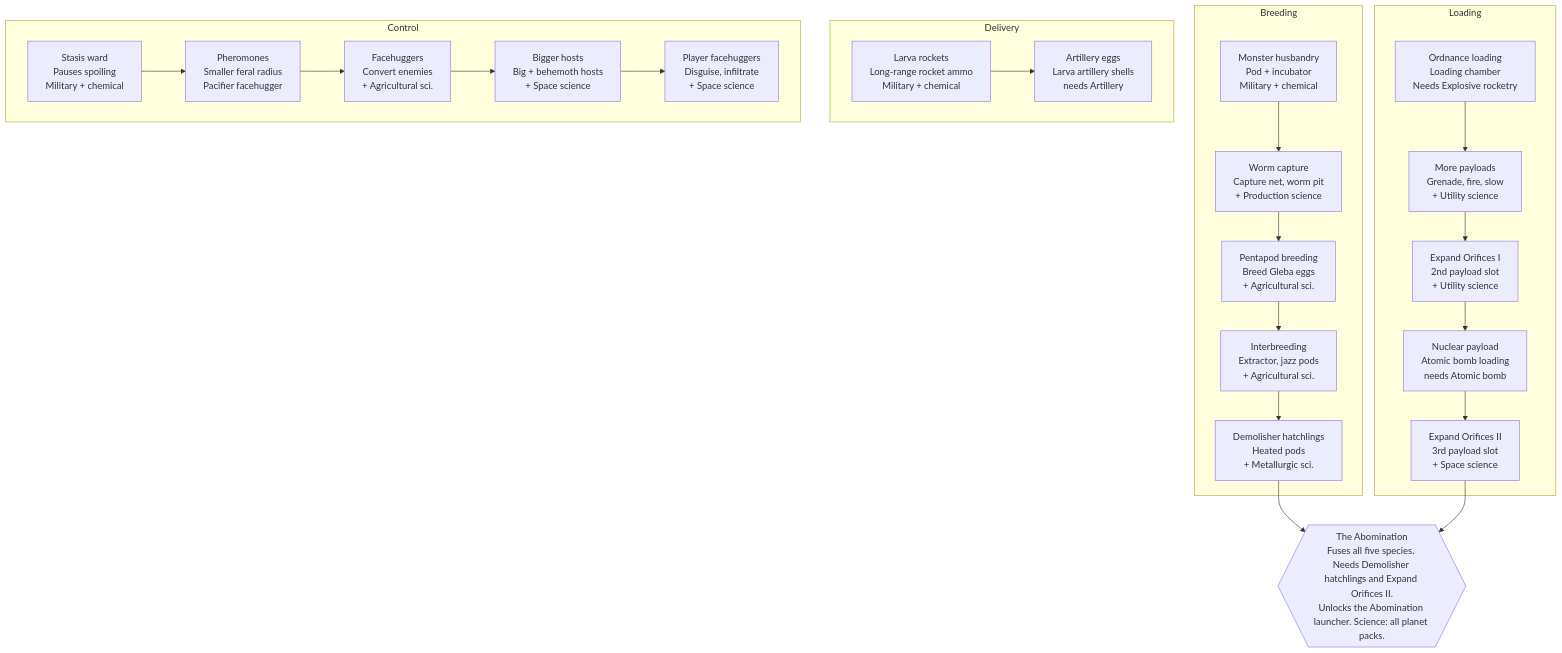
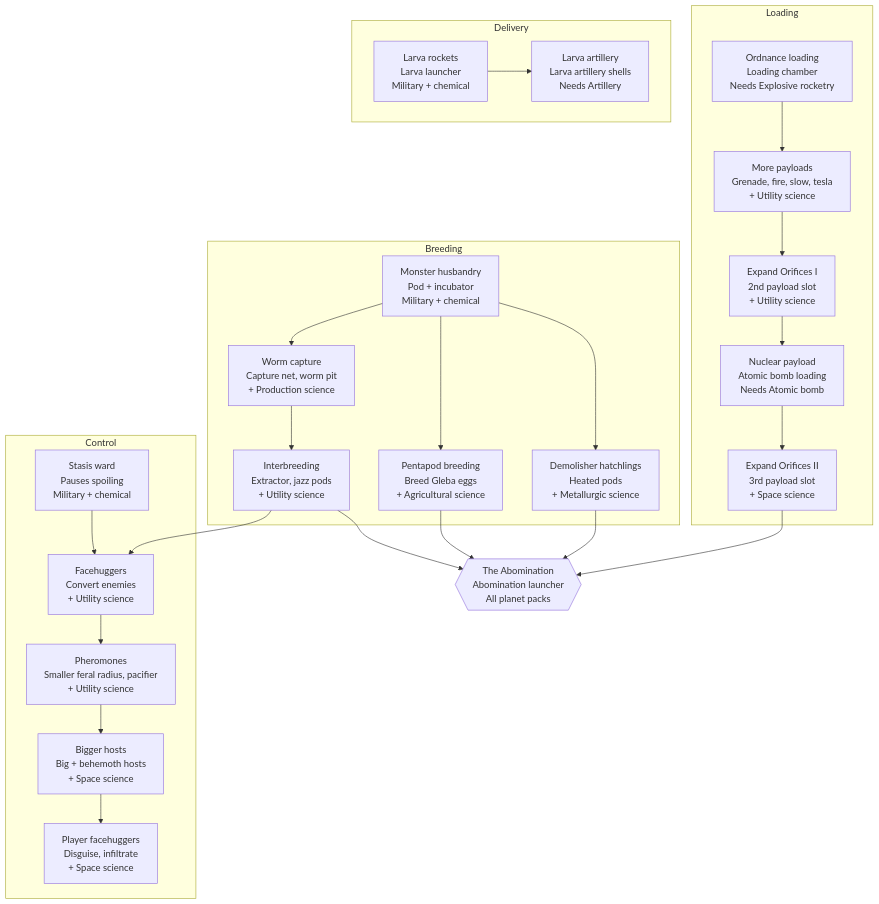
One commit to vetkat/abominable-ordnance changed the second of 2 diagrams in docs/design.md. Above: the diagram before and after it, drawn with Mermaid. The commit also changed other lines of this file and 6 other files, not shown here.

First line of the commit message:
docs: settle the Abomination, feral triggers and design fixes (#16)

````diff
--- a/docs/design.md
+++ b/docs/design.md
@@ -251,35 +300,40 @@
 ```mermaid
 flowchart TD
     subgraph breeding [Breeding]
         husbandry["Monster husbandry<br/>Pod + incubator<br/>Military + chemical"]
         worm["Worm capture<br/>Capture net, worm pit<br/>+ Production science"]
-        pentapod["Pentapod breeding<br/>Breed Gleba eggs<br/>+ Agricultural sci."]
-        interbreeding["Interbreeding<br/>Extractor, jazz pods<br/>+ Agricultural sci."]
-        hatchlings["Demolisher hatchlings<br/>Heated pods<br/>+ Metallurgic sci."]
-        husbandry --> worm --> pentapod --> interbreeding --> hatchlings
+        interbreeding["Interbreeding<br/>Extractor, jazz pods<br/>+ Utility science"]
+        pentapod["Pentapod breeding<br/>Breed Gleba eggs<br/>+ Agricultural science"]
+        hatchlings["Demolisher hatchlings<br/>Heated pods<br/>+ Metallurgic science"]
+        husbandry --> worm --> interbreeding
+        husbandry --> pentapod
+        husbandry --> hatchlings
     end
     subgraph loading [Loading]
         ordnance["Ordnance loading<br/>Loading chamber<br/>Needs Explosive rocketry"]
-        payloads["More payloads<br/>Grenade, fire, slow<br/>+ Utility science"]
+        payloads["More payloads<br/>Grenade, fire, slow, tesla<br/>+ Utility science"]
         orifices1["Expand Orifices I<br/>2nd payload slot<br/>+ Utility science"]
-        nuclear["Nuclear payload<br/>Atomic bomb loading<br/>needs Atomic bomb"]
+        nuclear["Nuclear payload<br/>Atomic bomb loading<br/>Needs Atomic bomb"]
         orifices2["Expand Orifices II<br/>3rd payload slot<br/>+ Space science"]
         ordnance --> payloads --> orifices1 --> nuclear --> orifices2
     end
     subgraph delivery [Delivery]
-        rockets["Larva rockets<br/>Long-range rocket ammo<br/>Military + chemical"]
-        artillery["Artillery eggs<br/>Larva artillery shells<br/>needs Artillery"]
+        rockets["Larva rockets<br/>Larva launcher<br/>Military + chemical"]
+        artillery["Larva artillery<br/>Larva artillery shells<br/>Needs Artillery"]
         rockets --> artillery
     end
     subgraph control [Control]
         stasis["Stasis ward<br/>Pauses spoiling<br/>Military + chemical"]
-        pheromones["Pheromones<br/>Smaller feral radius<br/>Pacifier facehugger"]
-        facehuggers["Facehuggers<br/>Convert enemies<br/>+ Agricultural sci."]
+        facehuggers["Facehuggers<br/>Convert enemies<br/>+ Utility science"]
+        pheromones["Pheromones<br/>Smaller feral radius, pacifier<br/>+ Utility science"]
         hosts["Bigger hosts<br/>Big + behemoth hosts<br/>+ Space science"]
         players["Player facehuggers<br/>Disguise, infiltrate<br/>+ Space science"]
-        stasis --> pheromones --> facehuggers --> hosts --> players
+        stasis --> facehuggers --> pheromones --> hosts --> players
     end
-    abomination{{"The Abomination<br/>Fuses all five species. Needs Demolisher hatchlings and Expand Orifices II.<br/>Unlocks the Abomination launcher. Science: all planet packs."}}
+    interbreeding --> facehuggers
+    abomination{{"The Abomination<br/>Abomination launcher<br/>All planet packs"}}
+    interbreeding --> abomination
+    pentapod --> abomination
     hatchlings --> abomination
     orifices2 --> abomination
 ```
````
